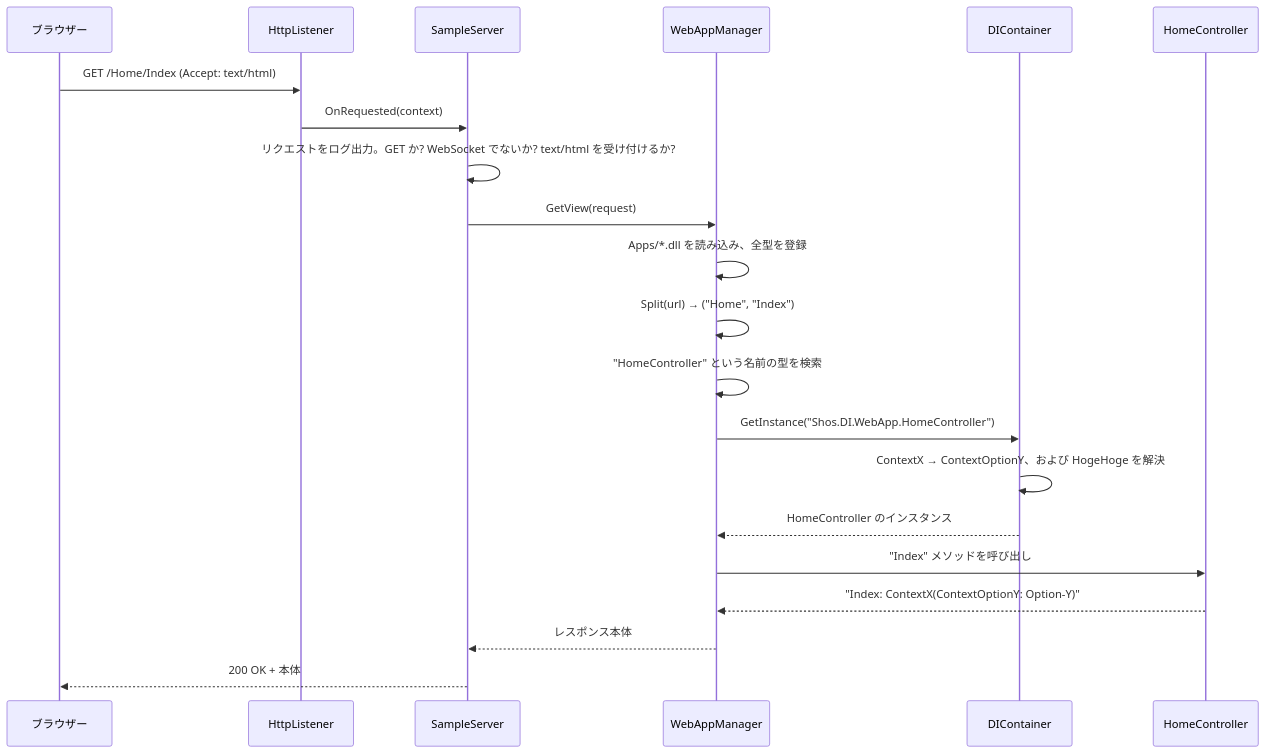
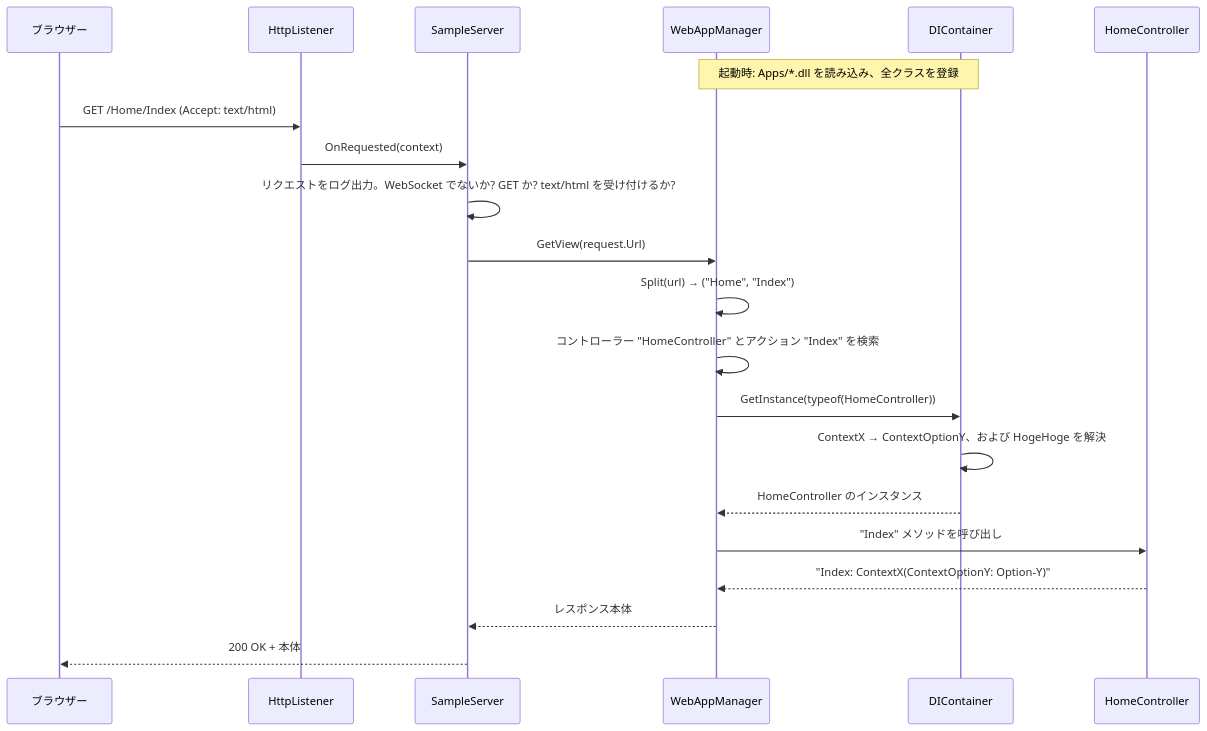
One commit to Fujiwo/Shos.DI changed the second of 2 diagrams in README.jp.md. Above: the diagram before and after it, drawn with Mermaid. The commit also changed other lines of this file and 27 other files, not shown here.

````diff
--- a/README.jp.md
+++ b/README.jp.md
@@ -228,24 +245,24 @@
 ```mermaid
 sequenceDiagram
     participant B as ブラウザー
     participant L as HttpListener
     participant S as SampleServer
     participant M as WebAppManager
     participant C as DIContainer
     participant H as HomeController
 
+    Note over M,C: 起動時: Apps/*.dll を読み込み、全クラスを登録
     B->>L: GET /Home/Index (Accept: text/html)
     L->>S: OnRequested(context)
-    S->>S: リクエストをログ出力。GET か? WebSocket でないか? text/html を受け付けるか?
-    S->>M: GetView(request)
-    M->>M: Apps/*.dll を読み込み、全型を登録
+    S->>S: リクエストをログ出力。WebSocket でないか? GET か? text/html を受け付けるか?
+    S->>M: GetView(request.Url)
     M->>M: Split(url) → ("Home", "Index")
-    M->>M: "HomeController" という名前の型を検索
-    M->>C: GetInstance("Shos.DI.WebApp.HomeController")
+    M->>M: コントローラー "HomeController" とアクション "Index" を検索
+    M->>C: GetInstance(typeof(HomeController))
     C->>C: ContextX → ContextOptionY、および HogeHoge を解決
     C-->>M: HomeController のインスタンス
     M->>H: "Index" メソッドを呼び出し
     H-->>M: "Index: ContextX(ContextOptionY: Option-Y)"
     M-->>S: レスポンス本体
     S-->>B: 200 OK + 本体
 ```
````
